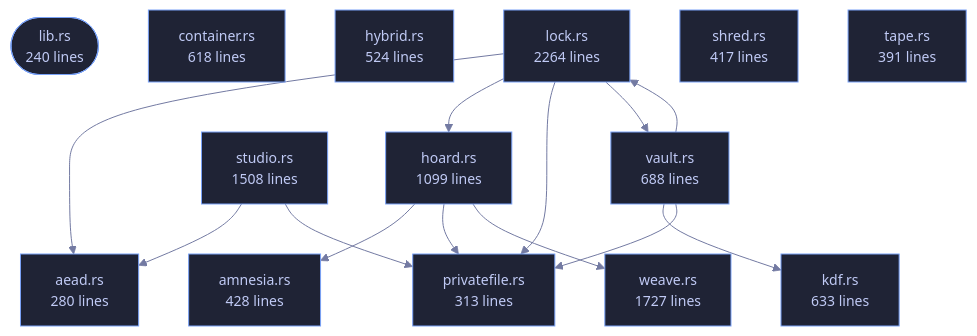
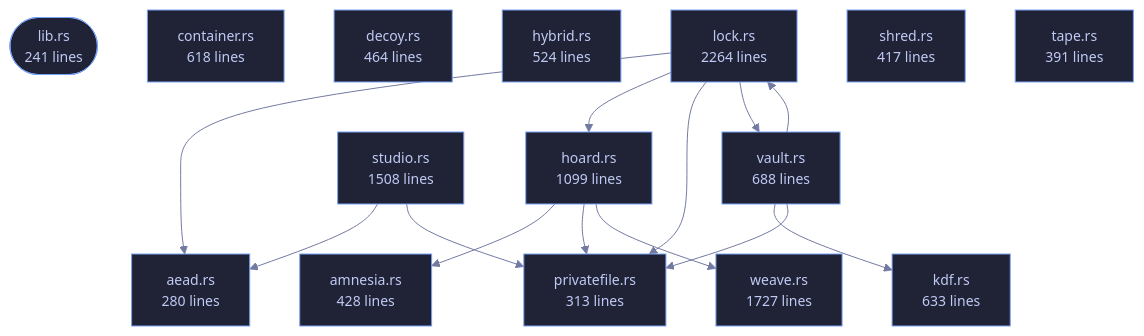
One commit to tilas01/veilvoice changed the diagram in crates/veilvoice-crypto/README.md. Above: the diagram before and after it, drawn with Mermaid. The commit also changed other lines of this file and 550 other files, not shown here.

````diff
--- a/crates/veilvoice-crypto/README.md
+++ b/crates/veilvoice-crypto/README.md
@@ -108,44 +108,46 @@
 ```mermaid
 %%{init: {"theme":"base","themeVariables":{"background":"#1a1b26","primaryColor":"#1f2335","primaryTextColor":"#c0caf5","primaryBorderColor":"#7aa2f7","secondaryColor":"#16161e","tertiaryColor":"#16161e","lineColor":"#737aa2","textColor":"#c0caf5","mainBkg":"#1f2335","nodeBorder":"#7aa2f7","clusterBkg":"#16161e","clusterBorder":"#2f3549","fontFamily":"ui-monospace, SFMono-Regular, Consolas, monospace","fontSize":"14px"}}}%%
 flowchart TD
-    n_lib(["lib.rs<br/>240 lines"])
+    n_lib(["lib.rs<br/>241 lines"])
     n_aead["aead.rs<br/>280 lines"]
     n_amnesia["amnesia.rs<br/>428 lines"]
     n_container["container.rs<br/>618 lines"]
+    n_decoy["decoy.rs<br/>464 lines"]
     n_hoard["hoard.rs<br/>1099 lines"]
     n_hybrid["hybrid.rs<br/>524 lines"]
     n_kdf["kdf.rs<br/>633 lines"]
     n_lock["lock.rs<br/>2264 lines"]
     n_privatefile["privatefile.rs<br/>313 lines"]
     n_shred["shred.rs<br/>417 lines"]
     n_studio["studio.rs<br/>1508 lines"]
     n_tape["tape.rs<br/>391 lines"]
     n_vault["vault.rs<br/>688 lines"]
     n_weave["weave.rs<br/>1727 lines"]
     n_hoard --> n_amnesia
     n_hoard --> n_privatefile
     n_hoard --> n_weave
     n_lock --> n_aead
     n_lock --> n_hoard
     n_lock --> n_privatefile
     n_lock --> n_vault
     n_studio --> n_aead
     n_studio --> n_privatefile
     n_vault --> n_kdf
     n_vault --> n_lock
     n_vault --> n_privatefile
     click n_lib href "https://github.com/tilas01/veilvoice/blob/main/crates/veilvoice-crypto/src/lib.rs" "open the source"
     click n_aead href "https://github.com/tilas01/veilvoice/blob/main/crates/veilvoice-crypto/src/aead.rs" "open the source"
     click n_amnesia href "https://github.com/tilas01/veilvoice/blob/main/crates/veilvoice-crypto/src/amnesia.rs" "open the source"
     click n_container href "https://github.com/tilas01/veilvoice/blob/main/crates/veilvoice-crypto/src/container.rs" "open the source"
+    click n_decoy href "https://github.com/tilas01/veilvoice/blob/main/crates/veilvoice-crypto/src/decoy.rs" "open the source"
     click n_hoard href "https://github.com/tilas01/veilvoice/blob/main/crates/veilvoice-crypto/src/hoard.rs" "open the source"
     click n_hybrid href "https://github.com/tilas01/veilvoice/blob/main/crates/veilvoice-crypto/src/hybrid.rs" "open the source"
     click n_kdf href "https://github.com/tilas01/veilvoice/blob/main/crates/veilvoice-crypto/src/kdf.rs" "open the source"
     click n_lock href "https://github.com/tilas01/veilvoice/blob/main/crates/veilvoice-crypto/src/lock.rs" "open the source"
     click n_privatefile href "https://github.com/tilas01/veilvoice/blob/main/crates/veilvoice-crypto/src/privatefile.rs" "open the source"
     click n_shred href "https://github.com/tilas01/veilvoice/blob/main/crates/veilvoice-crypto/src/shred.rs" "open the source"
     click n_studio href "https://github.com/tilas01/veilvoice/blob/main/crates/veilvoice-crypto/src/studio.rs" "open the source"
     click n_tape href "https://github.com/tilas01/veilvoice/blob/main/crates/veilvoice-crypto/src/tape.rs" "open the source"
     click n_vault href "https://github.com/tilas01/veilvoice/blob/main/crates/veilvoice-crypto/src/vault.rs" "open the source"
     click n_weave href "https://github.com/tilas01/veilvoice/blob/main/crates/veilvoice-crypto/src/weave.rs" "open the source"
 ```
````
